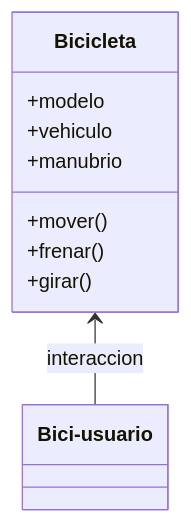
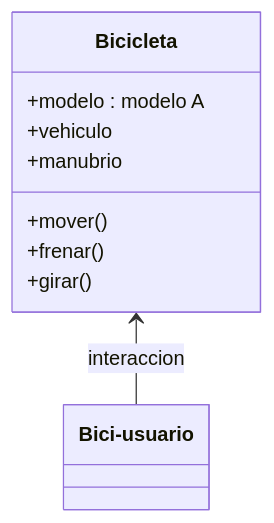
One commit to TOROJ/Reto_2 changed the first of 2 diagrams in README.md. Above: the diagram before and after it, drawn with Mermaid. The commit also changed other lines of this file, not shown here.

````diff
--- a/README.md
+++ b/README.md
@@ -6,14 +6,14 @@
 ```mermaid
 classDiagram
    class Bicicleta{
-        +modelo
+        +modelo : modelo A
         +vehiculo
         +manubrio
         +mover ()
         +frenar ()
         +girar()
     }
     class Bici-usuario{
     }
     Bicicleta <-- Bici-usuario : interaccion
 ```
````
